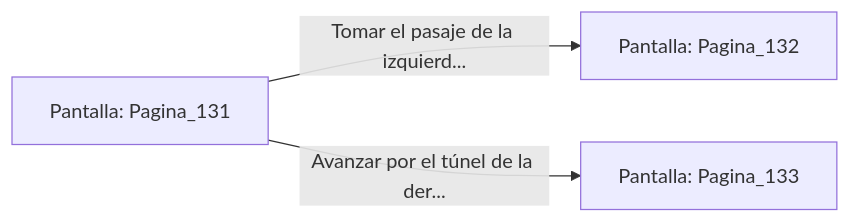
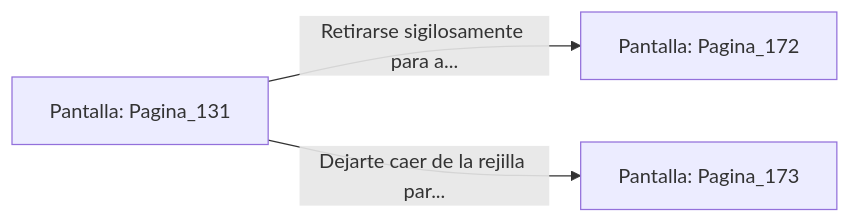
Before and after one commit to metsuke/mpl: the diagram in sample/eligejuego-vault/Pantalla_Pagina_131.md, drawn with Mermaid. The commit also changed other lines of this file and 635 other files, not shown here.

First line of the commit message:
fix: añadir Pagina_1 como pantalla inicial en capitulo_01.mpl

````diff
--- a/sample/eligejuego-vault/Pantalla_Pagina_131.md
+++ b/sample/eligejuego-vault/Pantalla_Pagina_131.md
@@ -20,6 +24,6 @@
 ```mermaid
 graph LR
     P_Pagina_131["Pantalla: Pagina_131"]
-    P_Pagina_131 -->|"Tomar el pasaje de la izquierd..."| P_Pagina_132["Pantalla: Pagina_132"]
-    P_Pagina_131 -->|"Avanzar por el túnel de la der..."| P_Pagina_133["Pantalla: Pagina_133"]
+    P_Pagina_131 -->|"Retirarse sigilosamente para a..."| P_Pagina_172["Pantalla: Pagina_172"]
+    P_Pagina_131 -->|"Dejarte caer de la rejilla par..."| P_Pagina_173["Pantalla: Pagina_173"]
 ```
````
